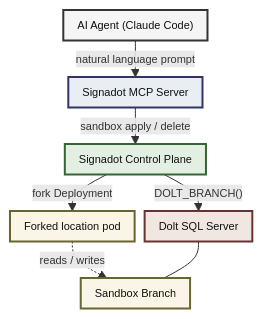
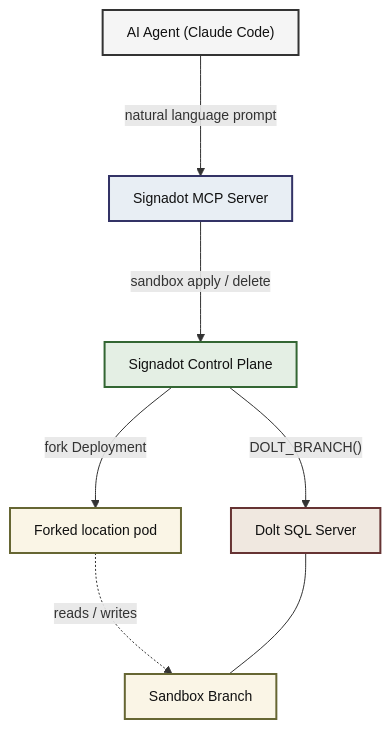
Before and after one commit to Emminex23/examples: the diagram in signadot-dolt-tutorial/README.md, drawn with Mermaid.

Commit message:
Modify flowchart configuration for improved layout

````diff
--- a/signadot-dolt-tutorial/README.md
+++ b/signadot-dolt-tutorial/README.md
@@ -31,35 +31,35 @@
 ```mermaid
 ---
 config:
   theme: default
   flowchart:
-    nodeSpacing: 10
-    rankSpacing: 20
-    padding: 7
+    nodeSpacing: 50
+    rankSpacing: 100
+    padding: 12
   themeVariables:
-    fontSize: 11px
+    fontSize: 14px
     fontFamily: monospace
 ---
 
 flowchart TB
     Agent["AI Agent (Claude Code)"]
     MCP["Signadot MCP Server"]
     Signadot["Signadot Control Plane"]
     Fork["Forked location pod"]
     Dolt["Dolt SQL Server"]
     Branch["Sandbox Branch"]
 
     Agent -- "natural language prompt" --> MCP
     MCP -- "sandbox apply / delete" --> Signadot
     Signadot -- "fork Deployment" --> Fork
     Signadot -- "DOLT_BRANCH()" --> Dolt
     Fork -. "reads / writes" .-> Branch
     Dolt --- Branch
 
     style Agent fill:#f5f5f5,stroke:#333,stroke-width:2px,color:#111
     style MCP fill:#e8eef4,stroke:#336,stroke-width:2px,color:#111
     style Signadot fill:#e4efe4,stroke:#363,stroke-width:2px,color:#111
     style Fork fill:#faf5e6,stroke:#663,stroke-width:2px,color:#111
     style Dolt fill:#f0e8e0,stroke:#633,stroke-width:2px,color:#111
     style Branch fill:#faf5e6,stroke:#663,stroke-width:2px,color:#111
 ```
````
